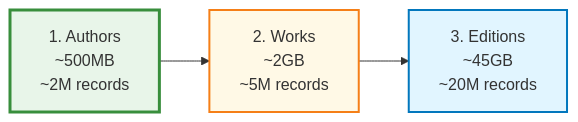
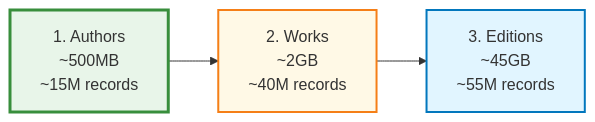
Before and after one commit to aikenahac/echo-alexandria: the second of 3 diagrams in docs-site/docs/concepts/import-pipeline.md, drawn with Mermaid. The commit also changed other lines of this file and 10 other files, not shown here.

````diff
--- a/docs-site/docs/concepts/import-pipeline.md
+++ b/docs-site/docs/concepts/import-pipeline.md
@@ -49,9 +49,9 @@
 ```mermaid
 graph LR
-    A["1. Authors<br/>~500MB<br/>~2M records"] --> B["2. Works<br/>~2GB<br/>~5M records"]
-    B --> C["3. Editions<br/>~45GB<br/>~20M records"]
+    A["1. Authors<br/>~500MB<br/>~15M records"] --> B["2. Works<br/>~2GB<br/>~40M records"]
+    B --> C["3. Editions<br/>~45GB<br/>~55M records"]
 
     style A fill:#e8f5e9,stroke:#388e3c,stroke-width:3px
     style B fill:#fff9e6,stroke:#f57f17,stroke-width:2px
     style C fill:#e1f5ff,stroke:#0277bd,stroke-width:2px
 ```
````
